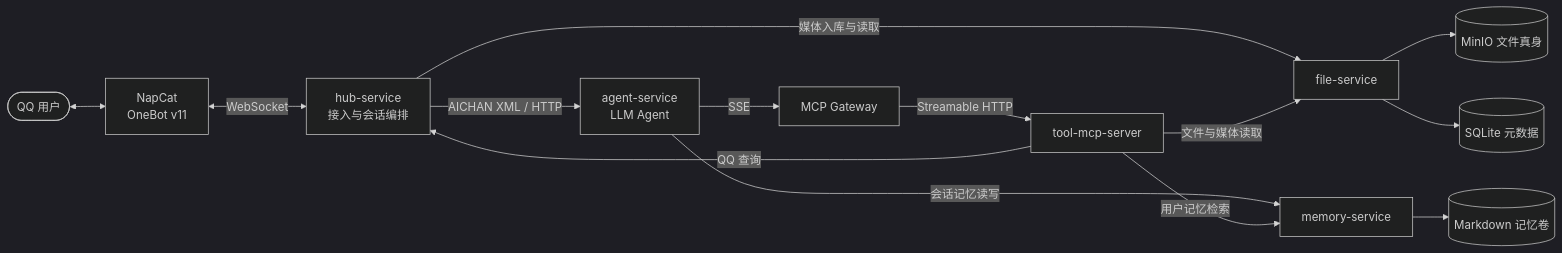
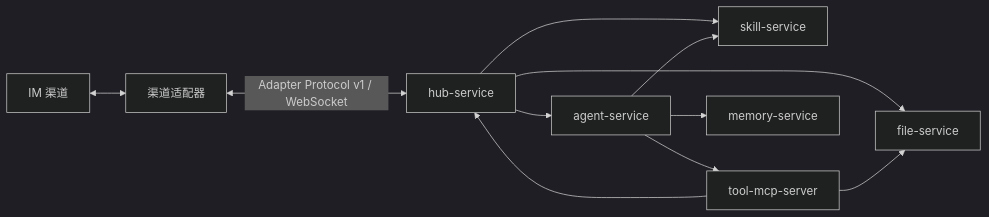
One commit to tamakara/AIChan changed the diagram in README.md. Above: the diagram before and after it, drawn with Mermaid (dark theme). The commit also changed other lines of this file and 116 other files, not shown here.

````diff
--- a/README.md
+++ b/README.md
@@ -7,18 +7,13 @@
 ```mermaid
 flowchart LR
-    user([QQ 用户]) <--> napcat[NapCat<br/>OneBot v11]
-    napcat <-->|WebSocket| hub[hub-service<br/>接入与会话编排]
-    hub -->|AICHAN XML / HTTP| agent[agent-service<br/>LLM Agent]
-    agent -->|SSE| gateway[MCP Gateway]
-    gateway -->|Streamable HTTP| tools[tool-mcp-server]
-
-    hub -->|媒体入库与读取| files[file-service]
-    agent -->|会话记忆读写| memory[memory-service]
-    tools -->|QQ 查询| hub
-    tools -->|文件与媒体读取| files
-    tools -->|用户记忆检索| memory
-
-    files --> minio[(MinIO 文件真身)]
-    files --> sqlite[(SQLite 元数据)]
-    memory --> markdown[(Markdown 记忆卷)]
+    IM[IM 渠道] <--> adapter[渠道适配器]
+    adapter <-->|Adapter Protocol v1 / WebSocket| hub[hub-service]
+    hub --> agent[agent-service]
+    hub --> files[file-service]
+    hub --> skills[skill-service]
+    agent --> skills
+    agent --> mcp[tool-mcp-server]
+    mcp --> hub
+    mcp --> files
+    agent --> memory[memory-service]
 ```
````
